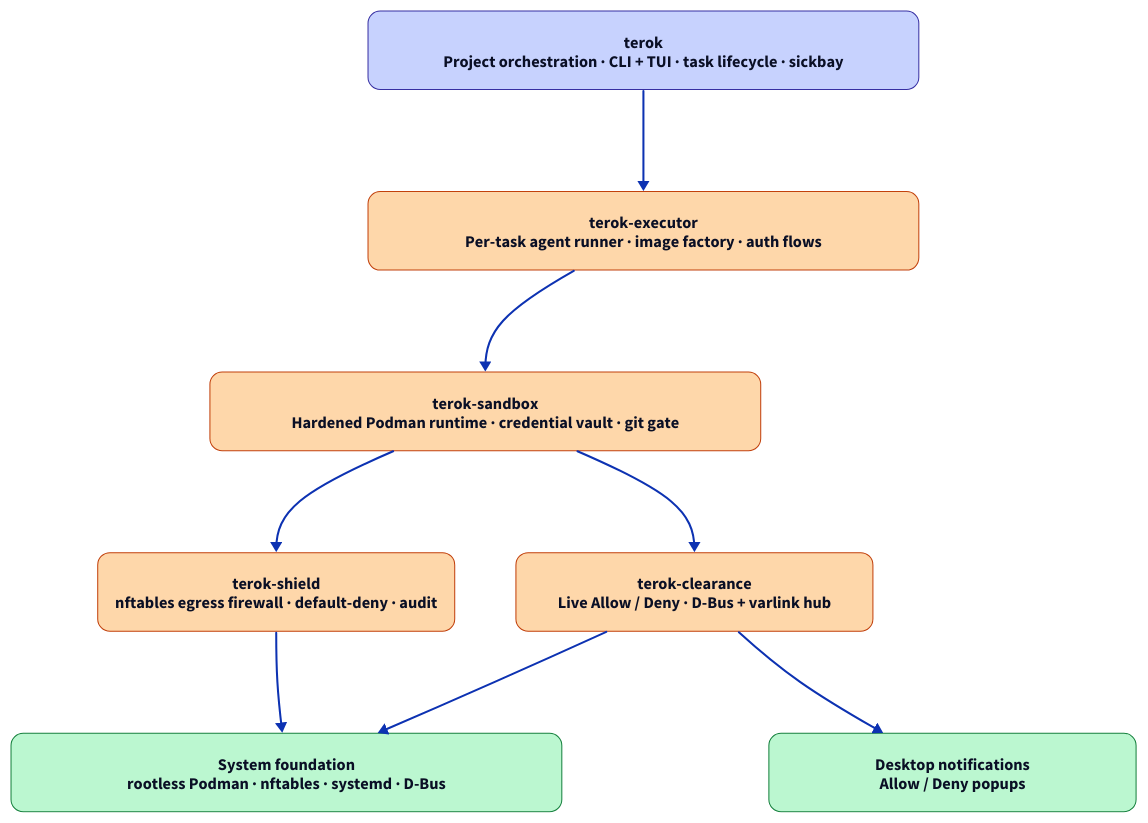
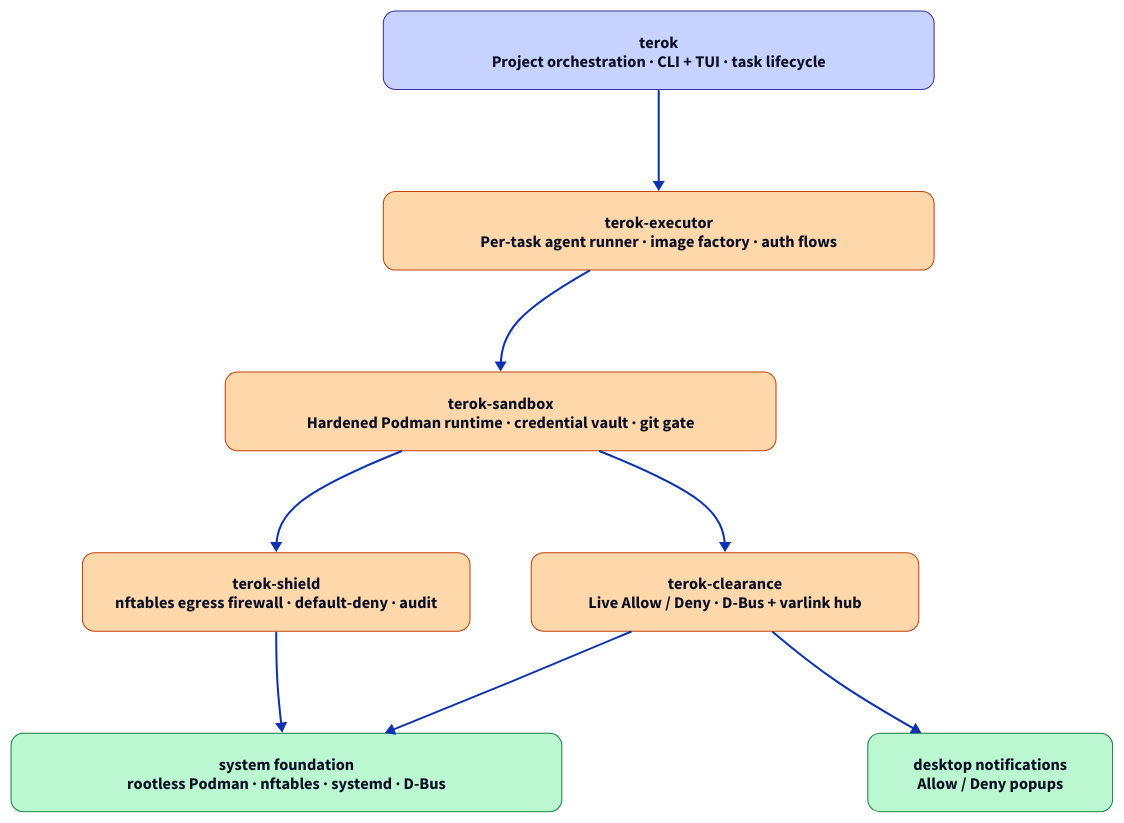
The diagram in docs/img/architecture.d2 (sliwowitz/terok-shield), drawn with D2 before and after one commit. The commit also changed 1 other file, not shown here.

Commit message:
docs: diagram polish — drop sickbay, lowercase notifications/system, resize boxes
- terok box subtitle drops "sickbay" (lives in the command list,
  not the headline identity).
- "Desktop notifications" → "desktop notifications" (lowercase d);
  width 360 → 240 so the OS-level surface sits visually quieter
  at the top-right.
- terok-shield + terok-clearance widened 350 → 380 so their
  subtitles don't hug the rect edges.
- "System foundation" → "system foundation" (lowercase s) — same
  rationale as the notifications relabel.

```diff
--- a/docs/img/architecture.d2
+++ b/docs/img/architecture.d2
@@ -1,108 +1,108 @@
 # Render with:
 #   d2 --layout=elk --elk-nodeNodeBetweenLayers=8 \
 #      --elk-padding='[top=4,left=4,bottom=4,right=4]' \
 #      --theme=0 --dark-theme=200 --pad=8 \
 #      architecture.d2 architecture.svg
 # Then run postprocess.py to (a) drop the page-background white
 # rect (the matching rect inside <mask> must stay or the connection
 # arrows disappear), (b) un-bold every tspan after the first one
 # in each shape label so only the package name stays bold, (c) tighten
 # the vertical padding inside every coloured rect, and (d) inject a
 # `prefers-color-scheme: dark` block flipping the explicit layer
 # fills + strokes to readable shades on a dark page background.
 
 vars: {
   d2-config: {
     pad: 8
   }
 }
 
 # Transparent root so the SVG inherits the host page's
 # light/dark background; theme-aware fills handle the rest.
 style.fill: transparent
 
 direction: down
 
 # Three colour groups read at a glance:
 #   * orchestration (navy blue) — the surface the operator drives
 #   * agent runtime stack (deep orange) — everything that runs and
 #                                          bounds an agent task
 #   * operator + system surface (dark green) — the user-visible side
 #                                              channel and the OS
 #                                              foundation we sit on
 classes: {
   orchestration: {
     style: {
       fill: "#c7d2fe"
       stroke: "#3730a3"
       stroke-width: 1
       border-radius: 12
     }
   }
   runtime: {
     style: {
       fill: "#fed7aa"
       stroke: "#c2410c"
       stroke-width: 1
       border-radius: 12
     }
   }
   system: {
     style: {
       fill: "#bbf7d0"
       stroke: "#15803d"
       stroke-width: 1
       border-radius: 12
     }
   }
 }
 
-terok: "terok\nProject orchestration · CLI + TUI · task lifecycle · sickbay" {
+terok: "terok\nProject orchestration · CLI + TUI · task lifecycle" {
   width: 540
   class: orchestration
 }
 
-notifications: "Desktop notifications\nAllow / Deny popups" {
-  width: 360
+notifications: "desktop notifications\nAllow / Deny popups" {
+  width: 240
   class: system
 }
 
 executor: "terok-executor\nPer-task agent runner · image factory · auth flows" {
   width: 540
   class: runtime
 }
 
 sandbox: "terok-sandbox\nHardened Podman runtime · credential vault · git gate" {
   width: 540
   class: runtime
 }
 
 shield: "terok-shield\nnftables egress firewall · default-deny · audit" {
-  width: 350
+  width: 380
   class: runtime
 }
 
 clearance: "terok-clearance\nLive Allow / Deny · D-Bus + varlink hub" {
-  width: 350
+  width: 380
   class: runtime
 }
 
-system: "System foundation\nrootless Podman · nftables · systemd · D-Bus" {
+system: "system foundation\nrootless Podman · nftables · systemd · D-Bus" {
   width: 540
   class: system
 }
 
 # Layout-only invisible edge keeps notifications at the same top
 # rank as terok.  The visible arrow that follows is the real
 # clearance → notifications relationship.
 notifications -> executor: "" {
   style.opacity: 0.0
 }
 
 terok -> executor
 executor -> sandbox
 sandbox -> shield
 sandbox -> clearance
 shield -> system
 clearance -> system
 clearance -> notifications
```
